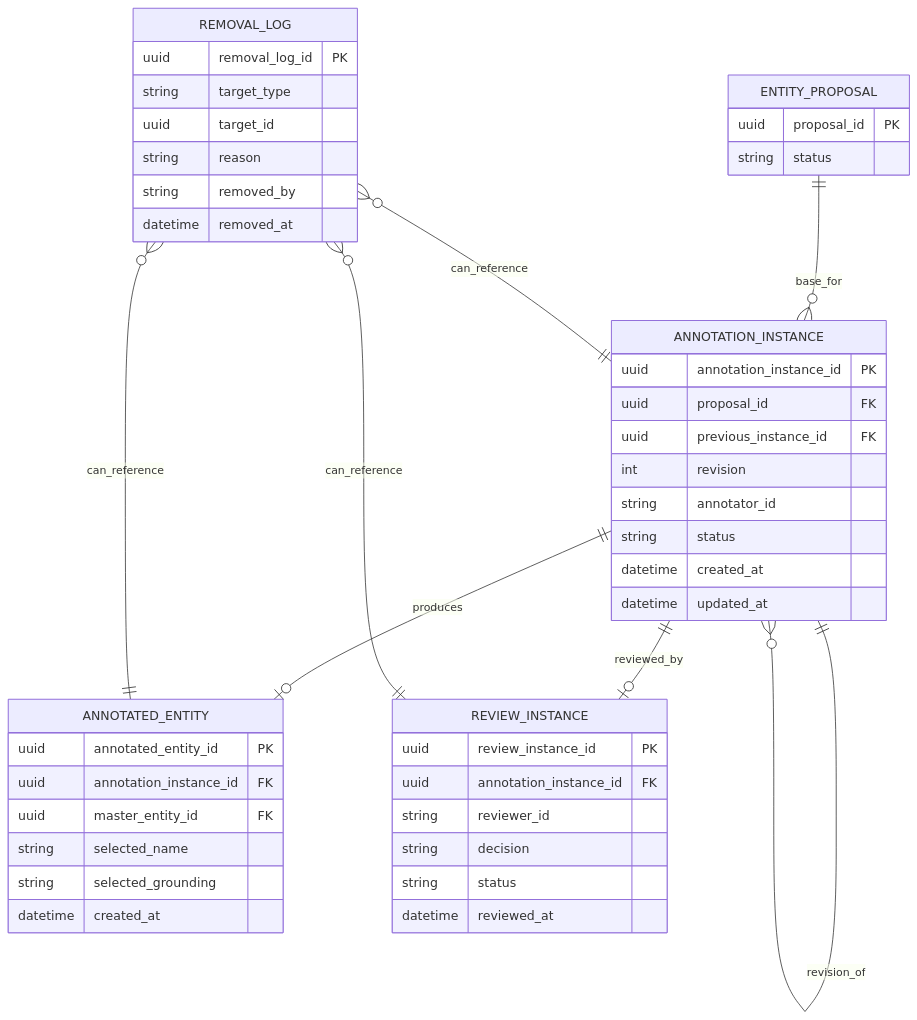
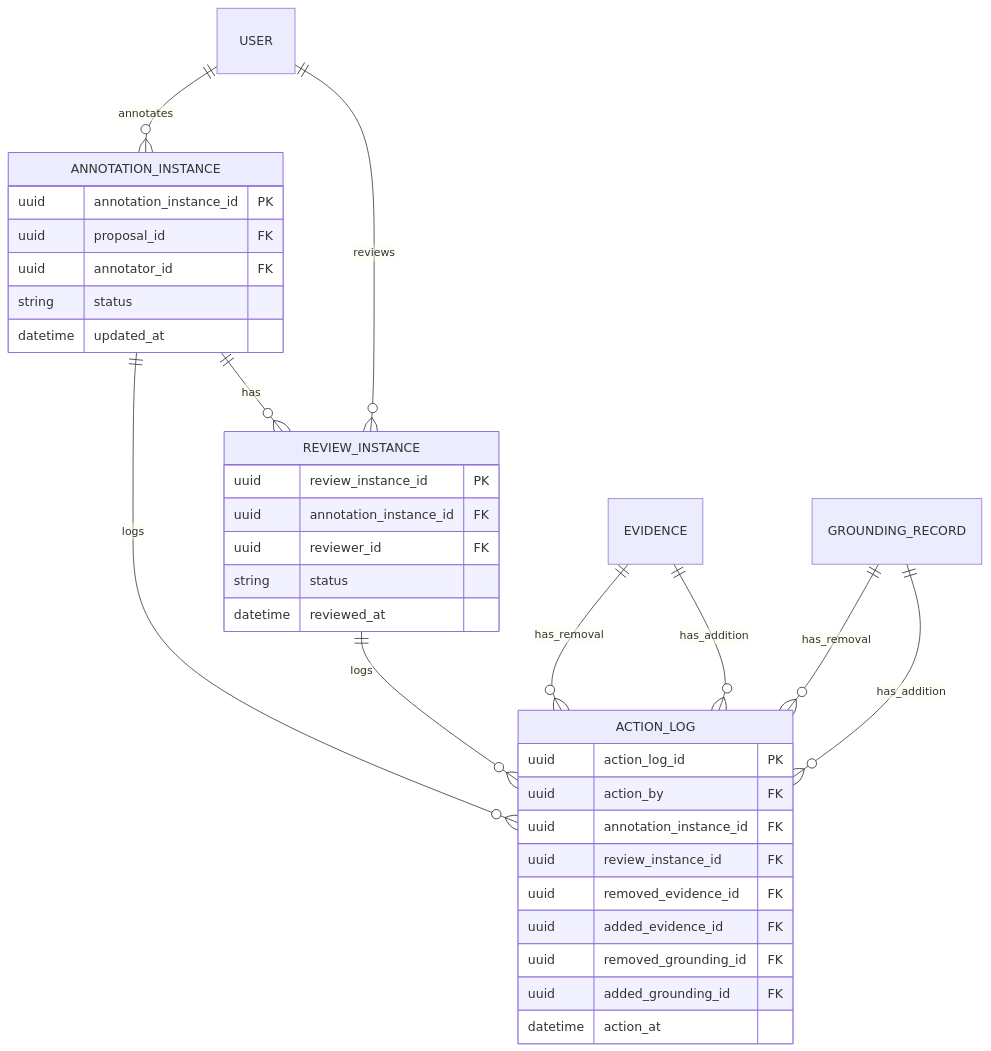
The third of 4 diagrams in people-gator-api/docs/02-entity-relations.md (DCGM/PeopleGatorApp), drawn with Mermaid before and after one commit. The commit also changed other lines of this file, not shown here.

Commit message:
Update er schemas to a satisfaction level.

````diff
--- a/people-gator-api/docs/02-entity-relations.md
+++ b/people-gator-api/docs/02-entity-relations.md
@@ -140,53 +156,40 @@
 ```mermaid
 erDiagram
-      ENTITY_PROPOSAL ||--o{ ANNOTATION_INSTANCE : base_for
-      ANNOTATION_INSTANCE ||--o{ ANNOTATION_INSTANCE : revision_of
-      ANNOTATION_INSTANCE ||--o| ANNOTATED_ENTITY : produces
-      ANNOTATION_INSTANCE ||--o| REVIEW_INSTANCE : reviewed_by
-      REMOVAL_LOG }o--|| ANNOTATION_INSTANCE : can_reference
-      REMOVAL_LOG }o--|| ANNOTATED_ENTITY : can_reference
-      REMOVAL_LOG }o--|| REVIEW_INSTANCE : can_reference
-
-      ENTITY_PROPOSAL {
-         uuid proposal_id PK
-         string status
-      }
+      USER ||--o{ ANNOTATION_INSTANCE : annotates
+      ANNOTATION_INSTANCE ||--o{ REVIEW_INSTANCE : has
+      USER ||--o{ REVIEW_INSTANCE : reviews
+      ANNOTATION_INSTANCE ||--o{ ACTION_LOG : logs
+      REVIEW_INSTANCE ||--o{ ACTION_LOG : logs
+      EVIDENCE ||--o{ ACTION_LOG : has_removal
+      EVIDENCE ||--o{ ACTION_LOG : has_addition
+      GROUNDING_RECORD ||--o{ ACTION_LOG : has_removal
+      GROUNDING_RECORD ||--o{ ACTION_LOG : has_addition
 
       ANNOTATION_INSTANCE {
          uuid annotation_instance_id PK
          uuid proposal_id FK
-         uuid previous_instance_id FK
-         int revision
-         string annotator_id
+         uuid annotator_id FK
          string status
-         datetime created_at
          datetime updated_at
-      }
-
-      ANNOTATED_ENTITY {
-         uuid annotated_entity_id PK
-         uuid annotation_instance_id FK
-         uuid master_entity_id FK
-         string selected_name
-         string selected_grounding
-         datetime created_at
       }
 
       REVIEW_INSTANCE {
          uuid review_instance_id PK
          uuid annotation_instance_id FK
-         string reviewer_id
-         string decision
+         uuid reviewer_id FK
          string status
          datetime reviewed_at
       }
 
-      REMOVAL_LOG {
-         uuid removal_log_id PK
-         string target_type
-         uuid target_id
-         string reason
-         string removed_by
-         datetime removed_at
+      ACTION_LOG {
+         uuid action_log_id PK
+         uuid action_by FK
+         uuid annotation_instance_id FK
+         uuid review_instance_id FK
+         uuid removed_evidence_id FK
+         uuid added_evidence_id FK
+         uuid removed_grounding_id FK
+         uuid added_grounding_id FK
+         datetime action_at
       }
 ```
````
